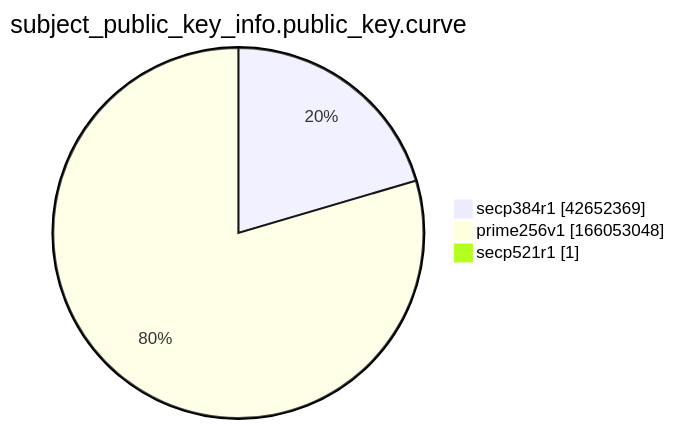
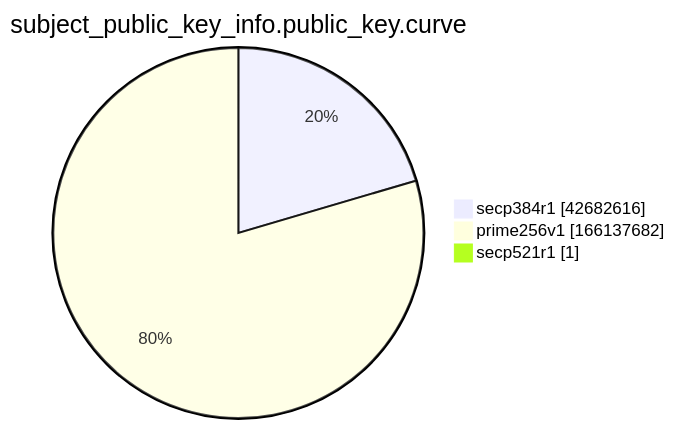
One commit to christiankrug/ctmonitor_visualization changed the ninth of 15 diagrams in xenon2022/README.md. Above: the diagram before and after it, drawn with Mermaid. The commit also changed other lines of this file, not shown here.

````diff
--- a/xenon2022/README.md
+++ b/xenon2022/README.md
@@ -2869,7 +2869,7 @@
 ```mermaid
 pie showData
 title subject_public_key_info.public_key.curve
-"secp384r1" :42652369
-"prime256v1" :166053048
+"secp384r1" :42682616
+"prime256v1" :166137682
 "secp521r1" :1
 ```
````
